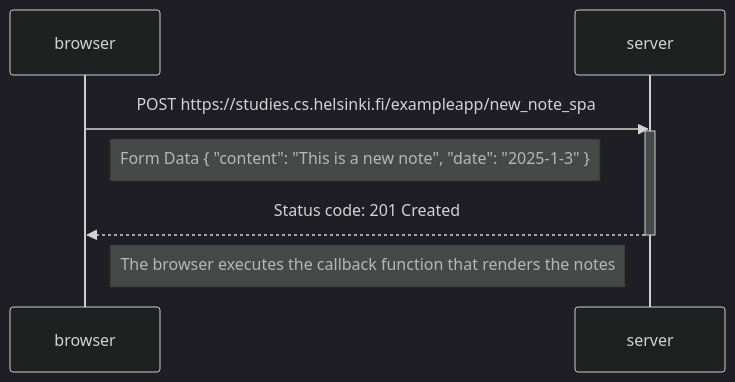
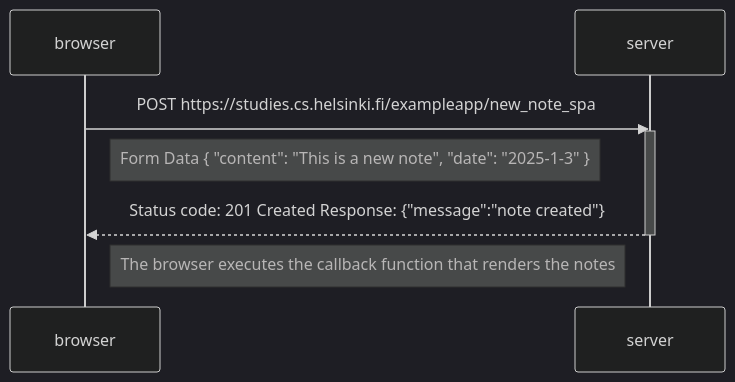
The diagram in part0/0_6 New note in Single page app diagram.md (libardoescalanterojas/fullstackopen_Course), drawn with Mermaid (dark theme) before and after one commit. The commit also changed other lines of this file, not shown here.

Commit message:
Update 0_6 New note in Single page app diagram.md

````diff
--- a/part0/0_6 New note in Single page app diagram.md
+++ b/part0/0_6 New note in Single page app diagram.md
@@ -18,14 +18,14 @@
 ```mermaid
 sequenceDiagram
     participant browser
     participant server
 
     browser->>server: POST https://studies.cs.helsinki.fi/exampleapp/new_note_spa  
     activate server
     Note right of browser: Form Data { "content": "This is a new note", "date": "2025-1-3" }
-    server-->>browser: Status code:    201 Created
+    server-->>browser: Status code: 201 Created   Response: {"message":"note created"}
     deactivate server
 
     Note right of browser: The browser executes the callback function that renders the notes
 
 ```
````
